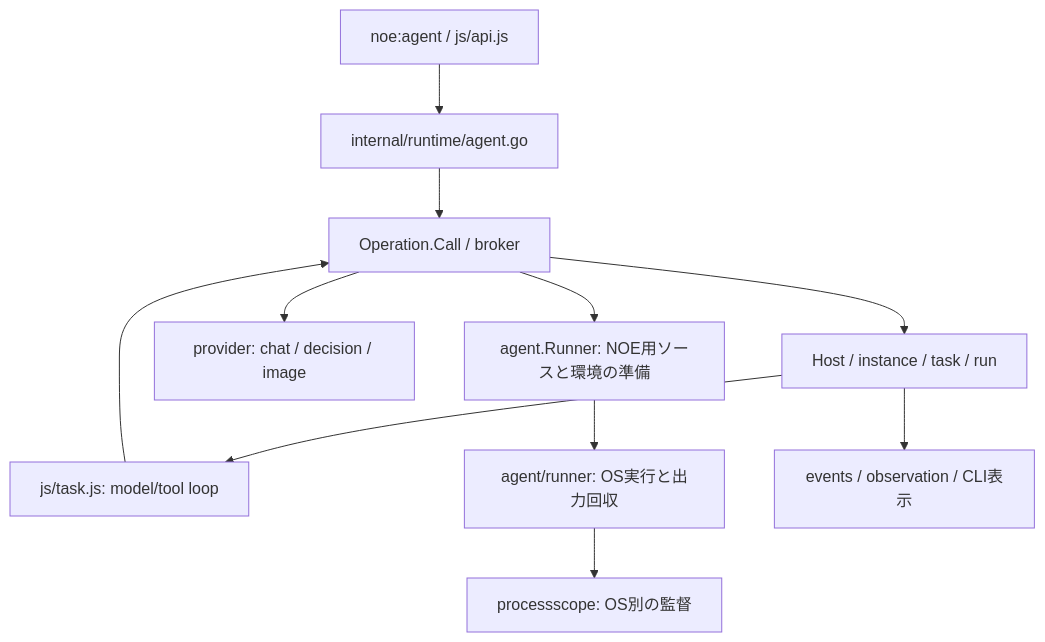
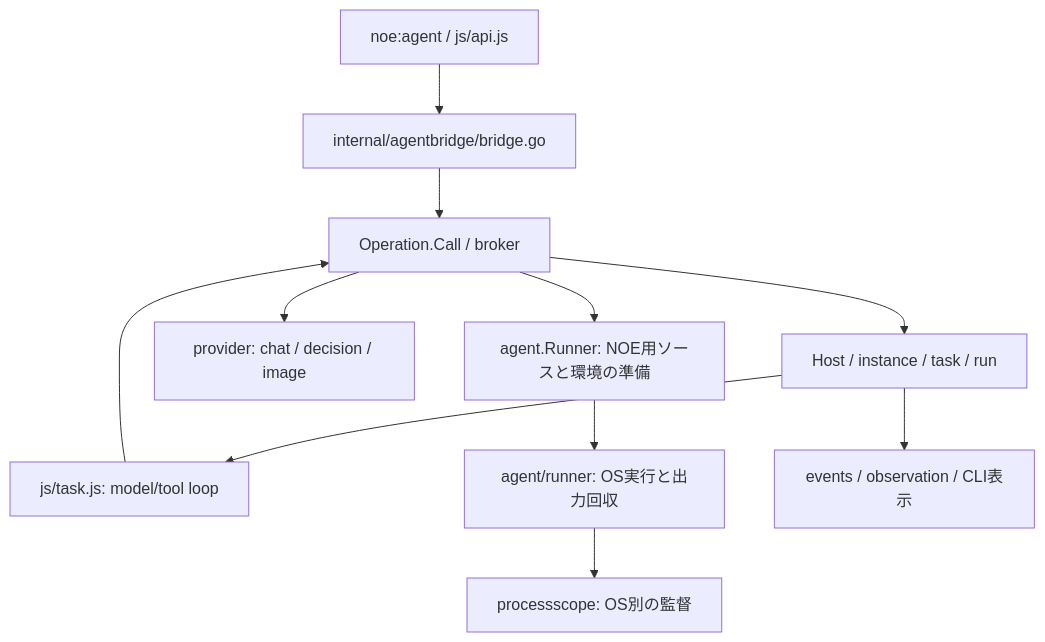
The diagram in docs/development/agent-architecture.md (HarakaraSite/noe), drawn with Mermaid before and after one commit. The commit also changed other lines of this file and 24 other files, not shown here.

Commit message:
release: prepare v1.15.2 runtime fixes and agent guidance

````diff
--- a/docs/development/agent-architecture.md
+++ b/docs/development/agent-architecture.md
@@ -11,13 +11,13 @@
 ```mermaid
 flowchart TD
-    Public[noe:agent / js/api.js] --> Bridge[internal/runtime/agent.go]
+    Public[noe:agent / js/api.js] --> Bridge[internal/agentbridge/bridge.go]
     Bridge --> RPC[Operation.Call / broker]
     RPC --> State[Host / instance / task / run]
     State --> Task[js/task.js: model/tool loop]
     Task --> RPC
     RPC --> Provider[provider: chat / decision / image]
     RPC --> Source[agent.Runner: NOE用ソースと環境の準備]
     Source --> Runner[agent/runner: OS実行と出力回収]
     Runner --> Scope[processscope: OS別の監督]
     State --> Events[events / observation / CLI表示]
 ```
````
